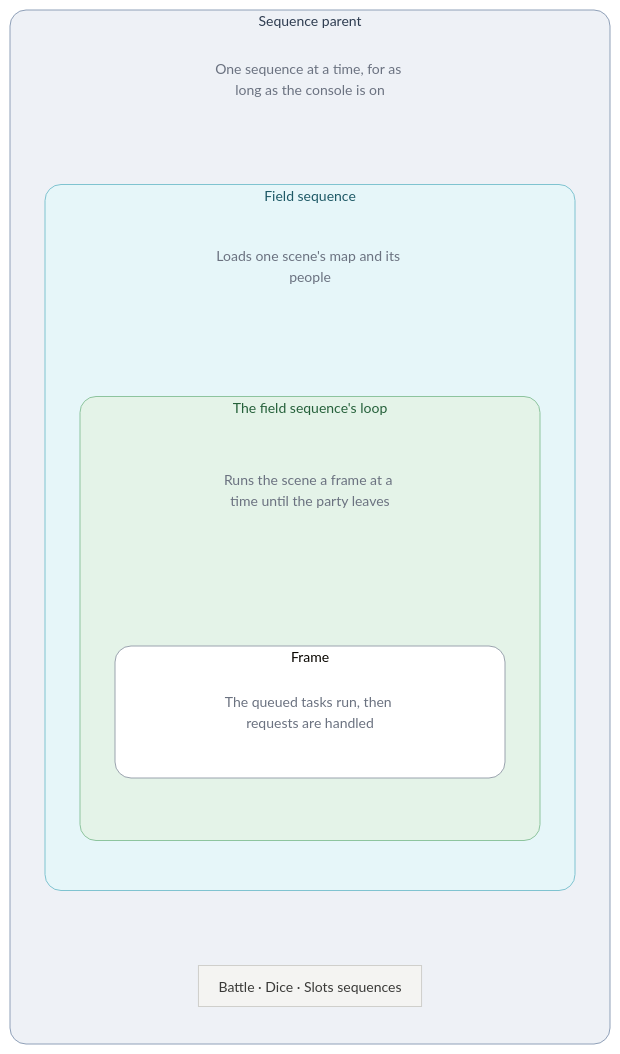
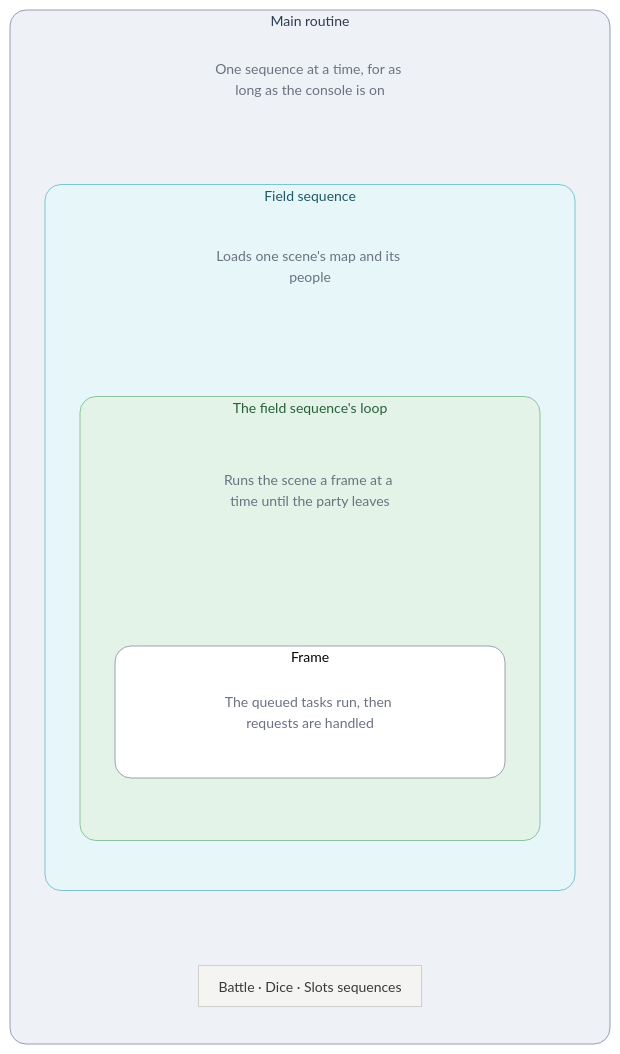
The first of 9 diagrams in games/tbs/README.md (PascalPixel/alchemy), drawn with Mermaid before and after one commit. The commit also changed other lines of this file and 1982 other files, not shown here.

First line of the commit message:
MainRoutine_Run: the main routine, the period's メインルーチン

````diff
--- a/games/tbs/README.md
+++ b/games/tbs/README.md
@@ -35,33 +35,33 @@
 ```mermaid
 %%{init: {"theme": "base", "themeVariables": {"lineColor": "#9AA3AE", "fontSize": "14px"}, "flowchart": {"padding": 10}}}%%
 flowchart TB
-  subgraph seqm ["Sequence parent"]
+  subgraph seqm ["Main routine"]
     direction TB
     c1["One sequence at a time, for as long as the console is on"]
     subgraph scene ["Field sequence"]
       direction TB
       c2["Loads one scene's map and its people"]
       subgraph mgr ["The field sequence's loop"]
         direction TB
         c3["Runs the scene a frame at a time until the party leaves"]
         subgraph frame ["Frame"]
           direction LR
           c4["The queued tasks run, then requests are handled"]
         end
       end
     end
     others["Battle · Dice · Slots sequences"]
   end
   c1 ~~~ scene
   c2 ~~~ mgr
   c3 ~~~ frame
   scene ~~~ others
   classDef caption fill:transparent,stroke:transparent,color:#6B7280
   classDef step fill:#F4F4F2,stroke:#CFCFCB,color:#3A3A38
   class c1,c2,c3,c4 caption
   class others step
   style seqm fill:#EEF1F6,stroke:#8FA0B8,color:#2E3C50,rx:16,ry:16
   style scene fill:#E6F6F9,stroke:#7FC3D0,color:#1E5966,rx:16,ry:16
   style mgr fill:#E4F3E8,stroke:#8DC49E,color:#25603A,rx:16,ry:16
   style frame fill:#FFFFFF,stroke:#9AA3AE,rx:16,ry:16
 ```
````
